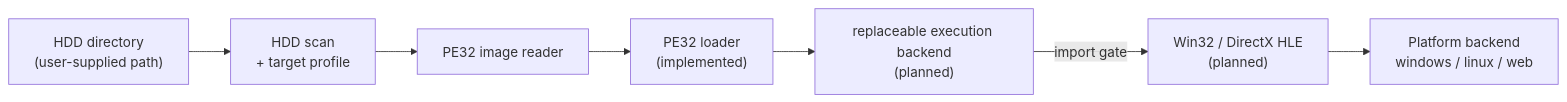
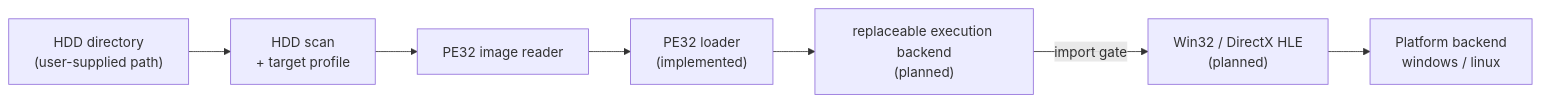
Before and after one commit to nworkers/re2DJ: the diagram in README.md, drawn with Mermaid. The commit also changed other lines of this file and 173 other files, not shown here.

````diff
--- a/README.md
+++ b/README.md
@@ -41,9 +41,9 @@
 ```mermaid
 flowchart LR
     HDD["HDD directory<br/>(user-supplied path)"] --> SCAN["HDD scan<br/>+ target profile"]
     SCAN --> PE["PE32 image reader"]
     PE --> LOAD["PE32 loader<br/>(implemented)"]
     LOAD --> EXEC["replaceable execution backend<br/>(planned)"]
     EXEC -->|import gate| HLE["Win32 / DirectX HLE<br/>(planned)"]
-    HLE --> PLAT["Platform backend<br/>windows / linux / web"]
+    HLE --> PLAT["Platform backend<br/>windows / linux"]
 ```
````
